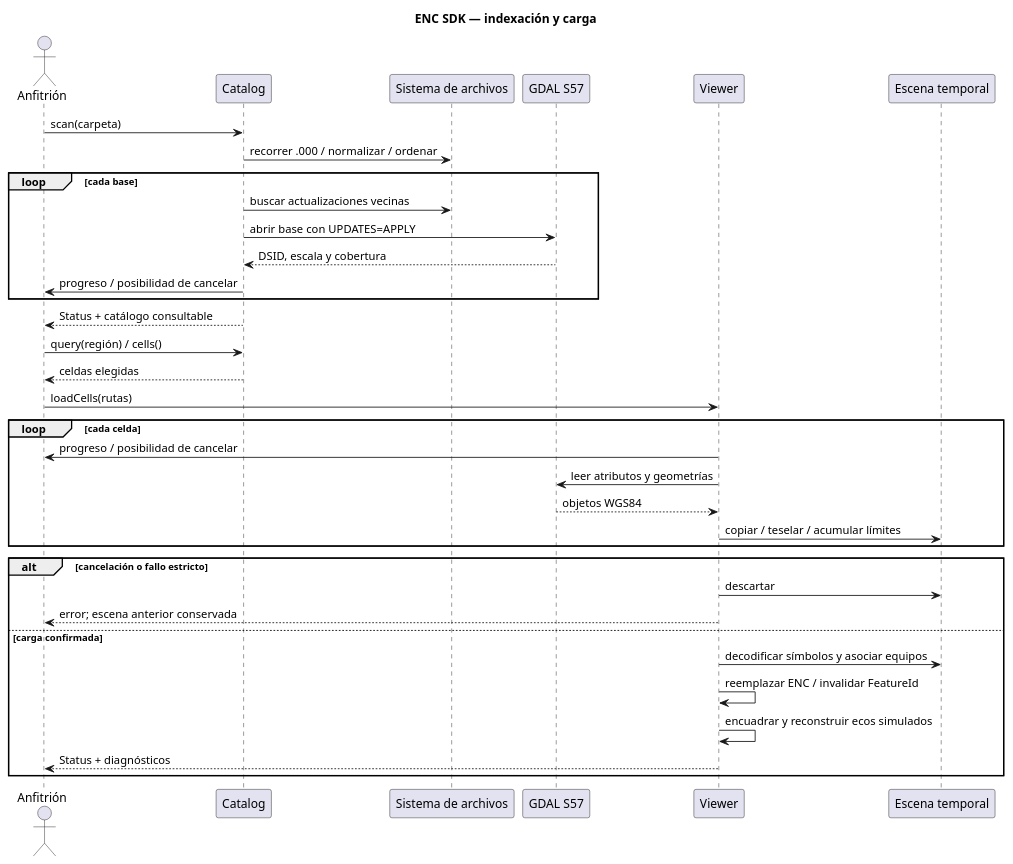
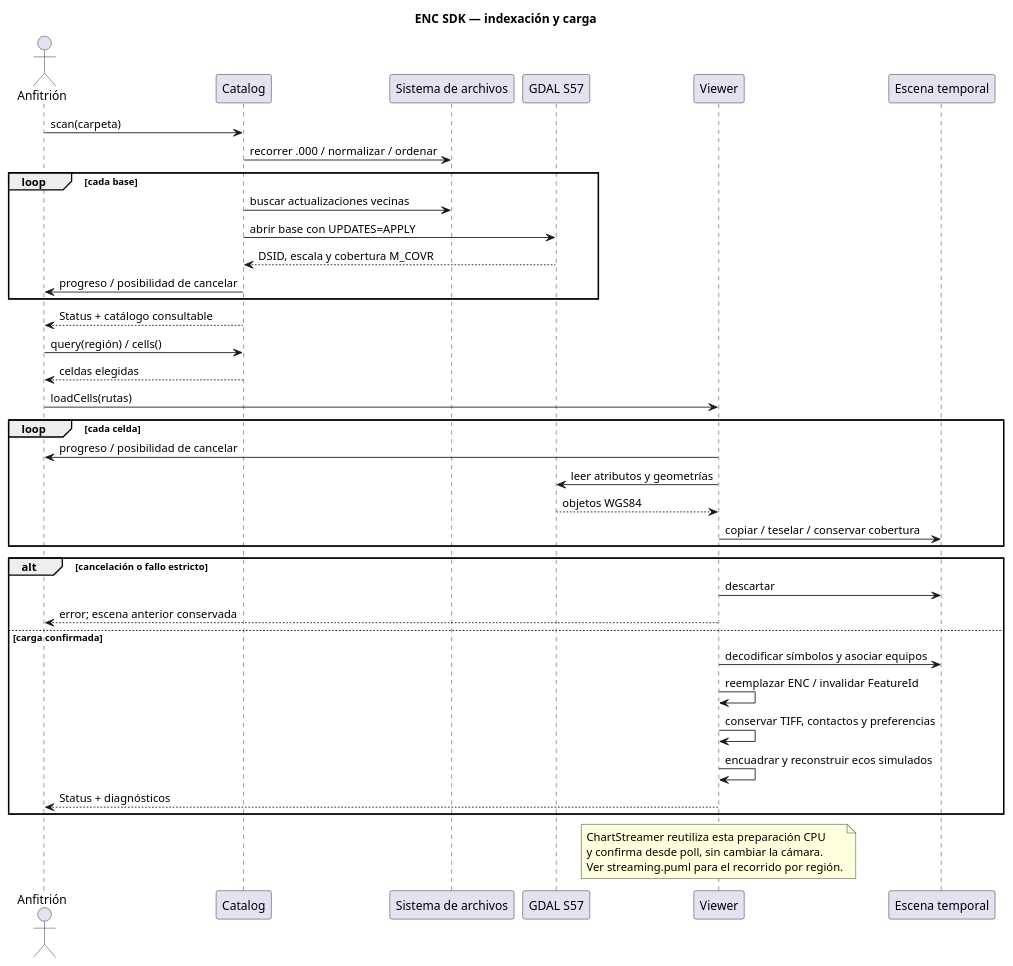
One commit to GiorgioCode/enc-viewer-sdk changed the diagram in docs/diagrams/loading.puml. Above: the diagram before and after it, drawn with PlantUML. The commit also changed 99 other files, not shown here.

```diff
--- a/docs/diagrams/loading.puml
+++ b/docs/diagrams/loading.puml
@@ -3,37 +3,43 @@
 @startuml
 title ENC SDK — indexación y carga
 skinparam shadowing false
 actor "Anfitrión" as host
 participant Catalog
 participant "Sistema de archivos" as fs
 participant "GDAL S57" as gdal
 participant Viewer
 participant "Escena temporal" as staging
 host -> Catalog : scan(carpeta)
 Catalog -> fs : recorrer .000 / normalizar / ordenar
 loop cada base
   Catalog -> fs : buscar actualizaciones vecinas
   Catalog -> gdal : abrir base con UPDATES=APPLY
-  gdal --> Catalog : DSID, escala y cobertura
+  gdal --> Catalog : DSID, escala y cobertura M_COVR
   Catalog -> host : progreso / posibilidad de cancelar
 end
 Catalog --> host : Status + catálogo consultable
 host -> Catalog : query(región) / cells()
 Catalog --> host : celdas elegidas
 host -> Viewer : loadCells(rutas)
 loop cada celda
   Viewer -> host : progreso / posibilidad de cancelar
   Viewer -> gdal : leer atributos y geometrías
   gdal --> Viewer : objetos WGS84
-  Viewer -> staging : copiar / teselar / acumular límites
+  Viewer -> staging : copiar / teselar / conservar cobertura
 end
 alt cancelación o fallo estricto
   Viewer -> staging : descartar
   Viewer --> host : error; escena anterior conservada
 else carga confirmada
   Viewer -> staging : decodificar símbolos y asociar equipos
   Viewer -> Viewer : reemplazar ENC / invalidar FeatureId
+  Viewer -> Viewer : conservar TIFF, contactos y preferencias
   Viewer -> Viewer : encuadrar y reconstruir ecos simulados
   Viewer --> host : Status + diagnósticos
 end
+note over Viewer
+  ChartStreamer reutiliza esta preparación CPU
+  y confirma desde poll, sin cambiar la cámara.
+  Ver streaming.puml para el recorrido por región.
+end note
 @enduml
```
